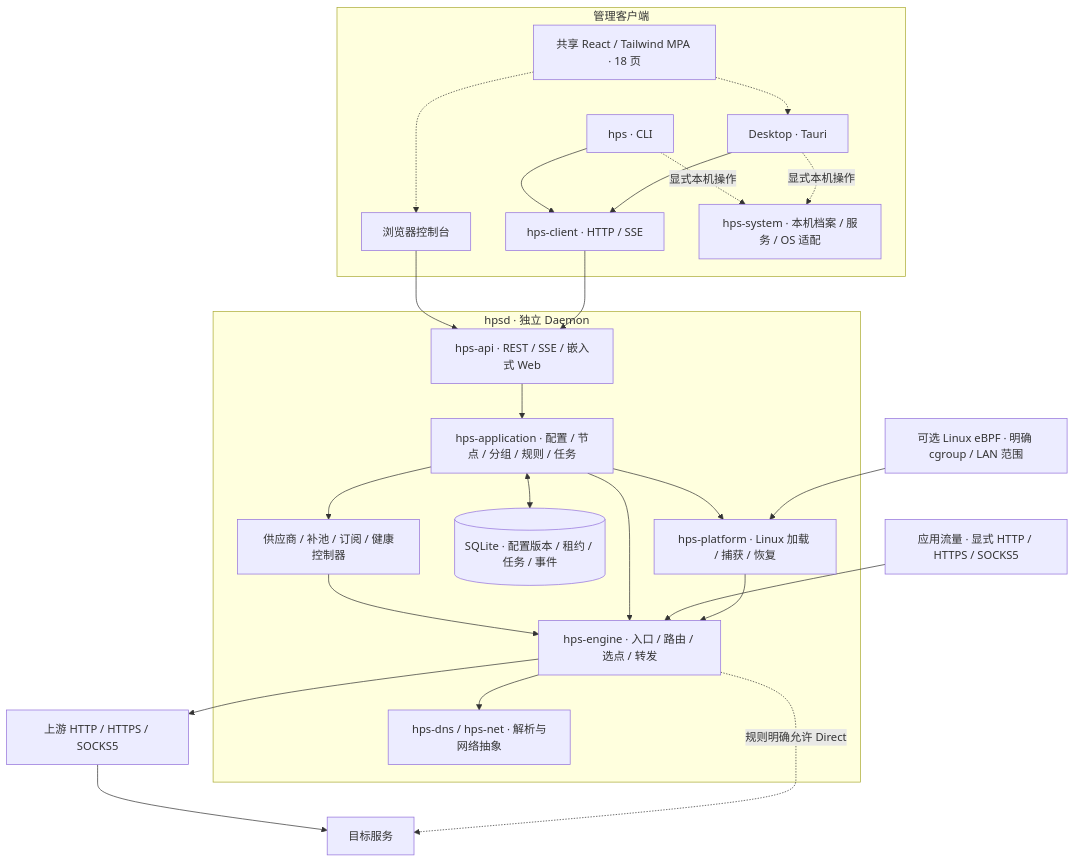
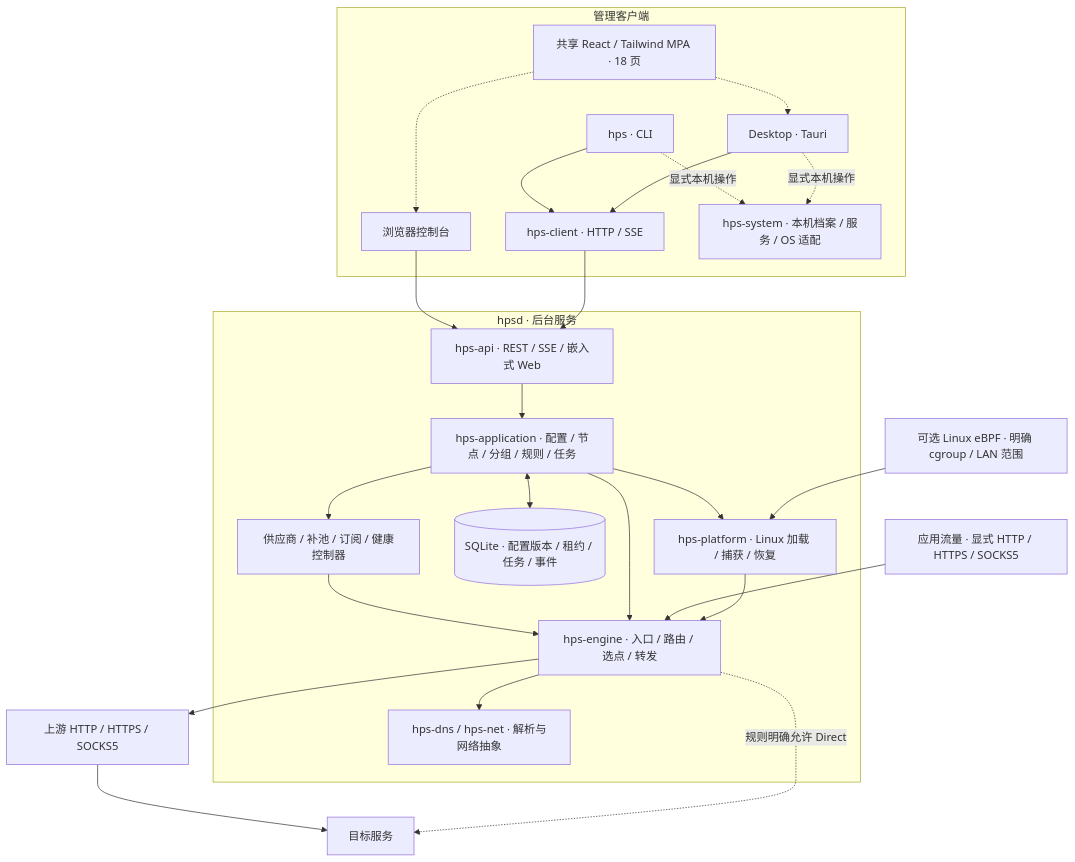
Before and after one commit to go-laoji/honk-proxy-server: the diagram in README.md, drawn with Mermaid. The commit also changed other lines of this file and 3 other files, not shown here.

Commit message:
docs: verify bilingual examples and architecture diagrams

````diff
--- a/README.md
+++ b/README.md
@@ -59,41 +59,41 @@
 ```mermaid
 flowchart TB
     subgraph Clients["管理客户端"]
         CLI["hps · CLI"]
         Browser["浏览器控制台"]
         Desktop["Desktop · Tauri"]
         Web["共享 React / Tailwind MPA · 18 页"]
         Client["hps-client · HTTP / SSE"]
         Local["hps-system · 本机档案 / 服务 / OS 适配"]
         Web -.-> Browser
         Web -.-> Desktop
         CLI --> Client
         Desktop --> Client
         CLI -. "显式本机操作" .-> Local
         Desktop -. "显式本机操作" .-> Local
     end
-    subgraph Daemon["hpsd · 独立 Daemon"]
+    subgraph Daemon["hpsd · 后台服务"]
         API["hps-api · REST / SSE / 嵌入式 Web"]
         App["hps-application · 配置 / 节点 / 分组 / 规则 / 任务"]
         Controllers["供应商 / 补池 / 订阅 / 健康控制器"]
         Store[("SQLite · 配置版本 / 租约 / 任务 / 事件")]
         Engine["hps-engine · 入口 / 路由 / 选点 / 转发"]
         DNS["hps-dns / hps-net · 解析与网络抽象"]
         Platform["hps-platform · Linux 加载 / 捕获 / 恢复"]
         API --> App
         App <--> Store
         App --> Controllers
         Controllers --> Engine
         App --> Engine
         Engine --> DNS
         App --> Platform
     end
     Browser --> API
     Client --> API
     Traffic["应用流量 · 显式 HTTP / HTTPS / SOCKS5"] --> Engine
     Kernel["可选 Linux eBPF · 明确 cgroup / LAN 范围"] --> Platform
     Platform --> Engine
     Engine --> Upstreams["上游 HTTP / HTTPS / SOCKS5"]
     Upstreams --> Destination["目标服务"]
     Engine -. "规则明确允许 Direct" .-> Destination
 ```
````
